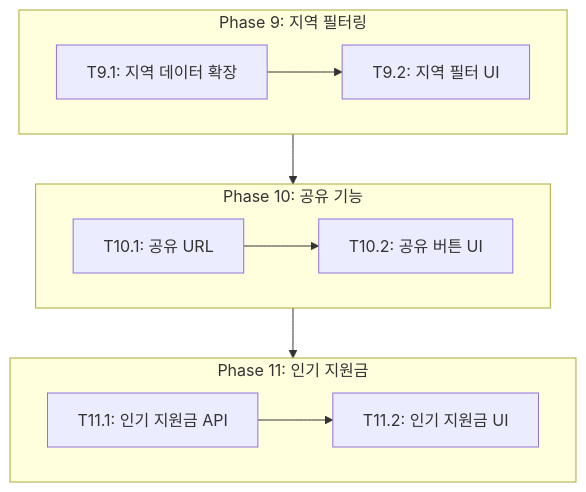
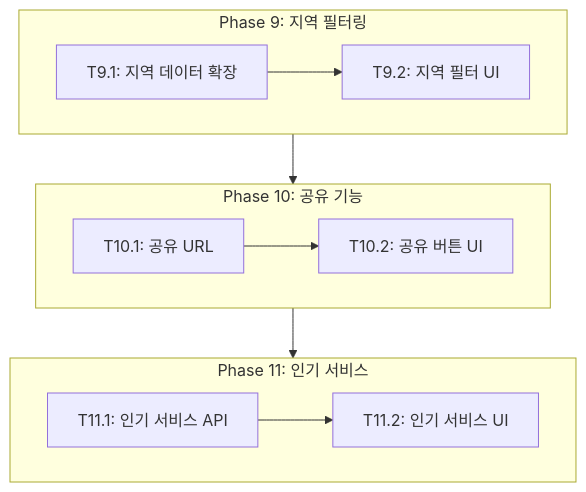
One commit to sseok-lee/alimi changed the ninth of 9 diagrams in docs/planning/06-tasks.md. Above: the diagram before and after it, drawn with Mermaid. The commit also changed other lines of this file and 15 other files, not shown here.

First line of the commit message:
refactor: 용어 변경 - "지원금" → "서비스"

````diff
--- a/docs/planning/06-tasks.md
+++ b/docs/planning/06-tasks.md
@@ -2767,17 +2767,17 @@
 ```mermaid
 graph TD
     subgraph Phase9[Phase 9: 지역 필터링]
         T9.1[T9.1: 지역 데이터 확장] --> T9.2[T9.2: 지역 필터 UI]
     end
 
     subgraph Phase10[Phase 10: 공유 기능]
         T10.1[T10.1: 공유 URL] --> T10.2[T10.2: 공유 버튼 UI]
     end
 
-    subgraph Phase11[Phase 11: 인기 지원금]
-        T11.1[T11.1: 인기 지원금 API] --> T11.2[T11.2: 인기 지원금 UI]
+    subgraph Phase11[Phase 11: 인기 서비스]
+        T11.1[T11.1: 인기 서비스 API] --> T11.2[T11.2: 인기 서비스 UI]
     end
 
     Phase9 --> Phase10
     Phase10 --> Phase11
 ```
````
